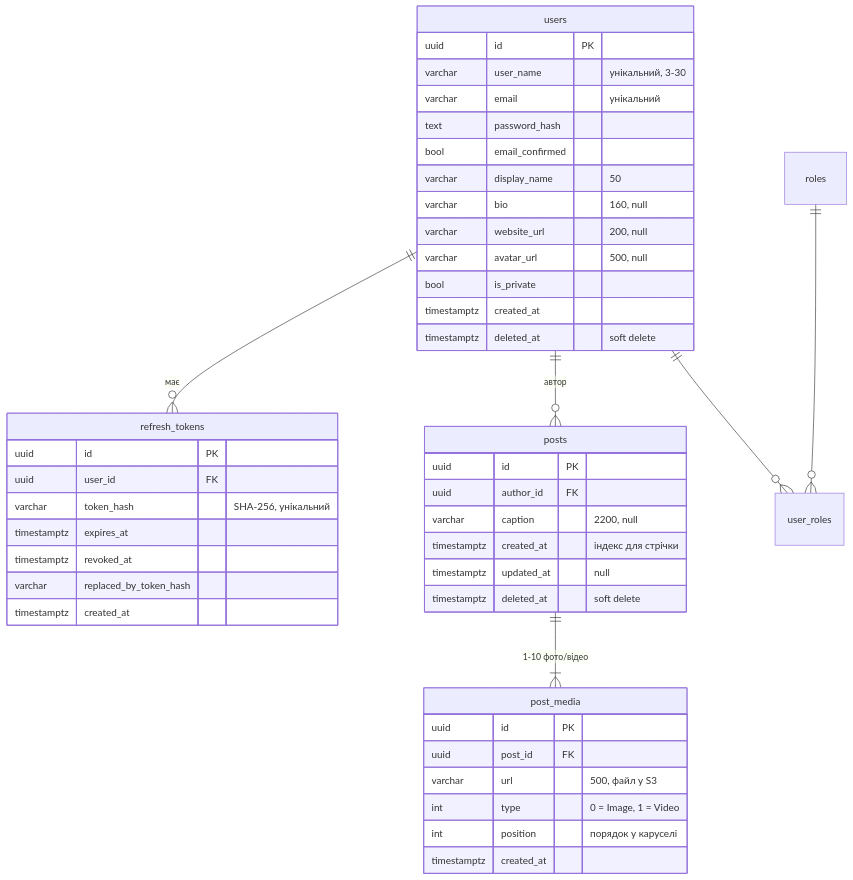
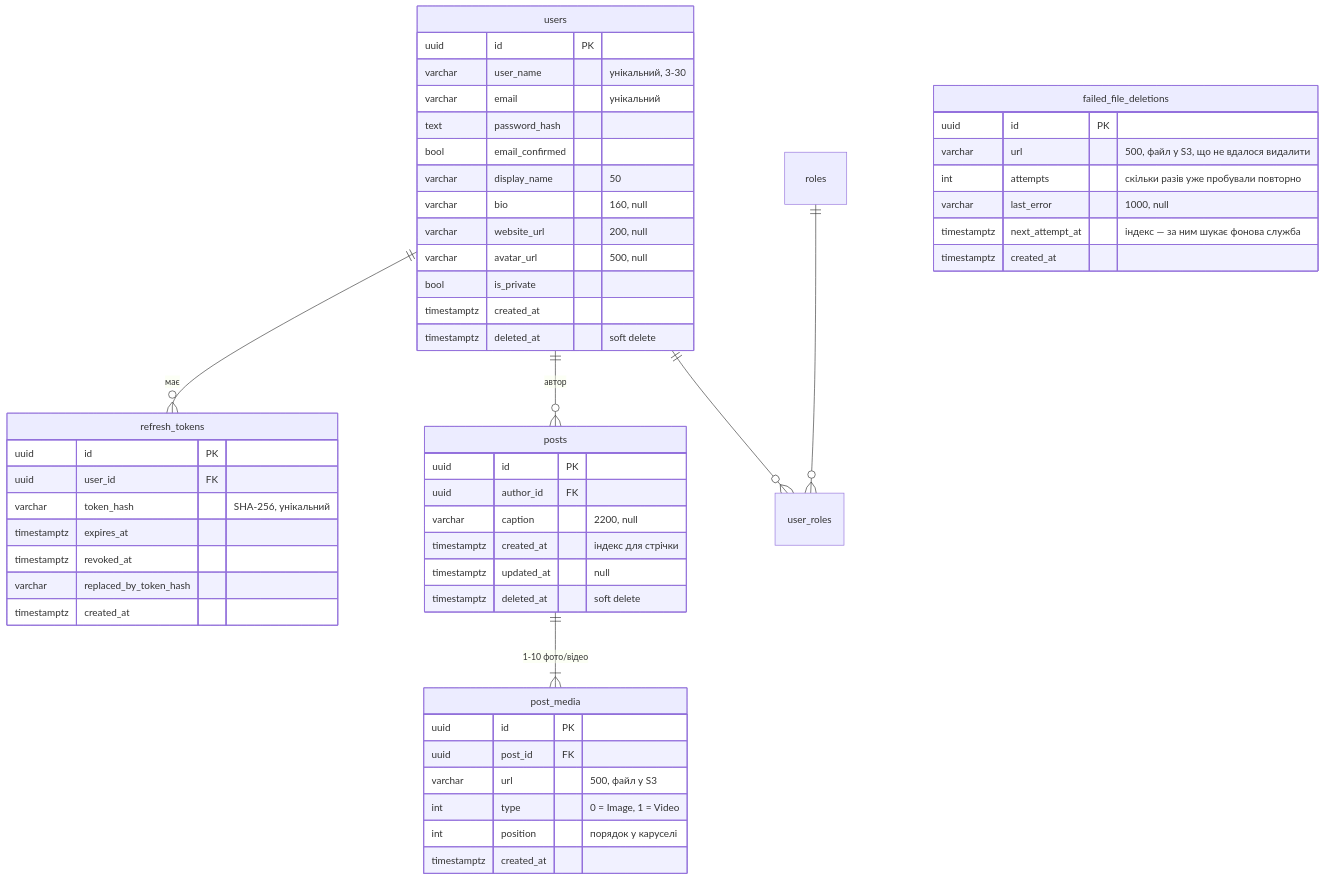
Before and after one commit to oket23/Social-Network-Backend: the third of 3 diagrams in docs/architecture.md, drawn with Mermaid. The commit also changed other lines of this file and 17 other files, not shown here.

````diff
--- a/docs/architecture.md
+++ b/docs/architecture.md
@@ -142,48 +142,56 @@
 ```mermaid
 erDiagram
     users ||--o{ refresh_tokens : "має"
     users ||--o{ posts : "автор"
     posts ||--|{ post_media : "1-10 фото/відео"
     users ||--o{ user_roles : ""
     roles ||--o{ user_roles : ""
 
     users {
         uuid id PK
         varchar user_name "унікальний, 3-30"
         varchar email "унікальний"
         text password_hash
         bool email_confirmed
         varchar display_name "50"
         varchar bio "160, null"
         varchar website_url "200, null"
         varchar avatar_url "500, null"
         bool is_private
         timestamptz created_at
         timestamptz deleted_at "soft delete"
     }
     refresh_tokens {
         uuid id PK
         uuid user_id FK
         varchar token_hash "SHA-256, унікальний"
         timestamptz expires_at
         timestamptz revoked_at
         varchar replaced_by_token_hash
         timestamptz created_at
     }
     posts {
         uuid id PK
         uuid author_id FK
         varchar caption "2200, null"
         timestamptz created_at "індекс для стрічки"
         timestamptz updated_at "null"
         timestamptz deleted_at "soft delete"
     }
     post_media {
         uuid id PK
         uuid post_id FK
         varchar url "500, файл у S3"
         int type "0 = Image, 1 = Video"
         int position "порядок у каруселі"
         timestamptz created_at
     }
+    failed_file_deletions {
+        uuid id PK
+        varchar url "500, файл у S3, що не вдалося видалити"
+        int attempts "скільки разів уже пробували повторно"
+        varchar last_error "1000, null"
+        timestamptz next_attempt_at "індекс — за ним шукає фонова служба"
+        timestamptz created_at
+    }
 ```
````
